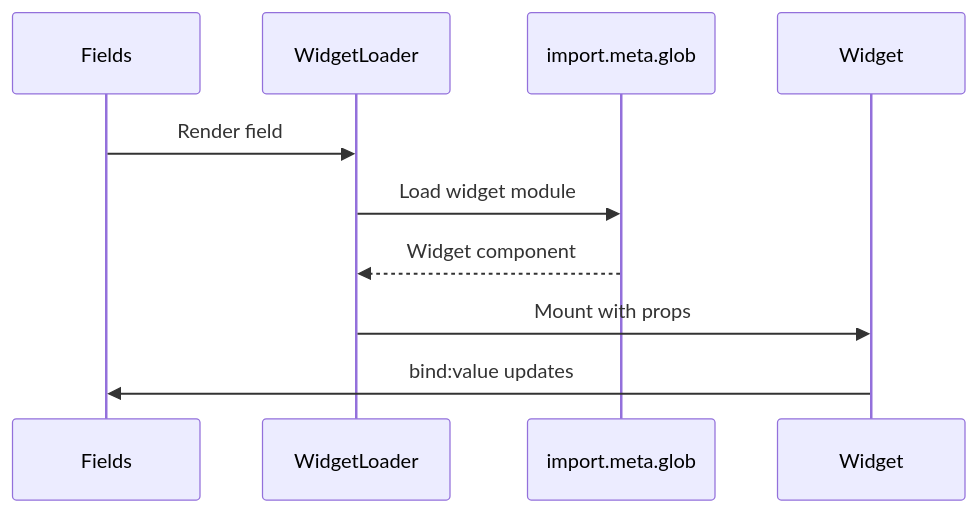
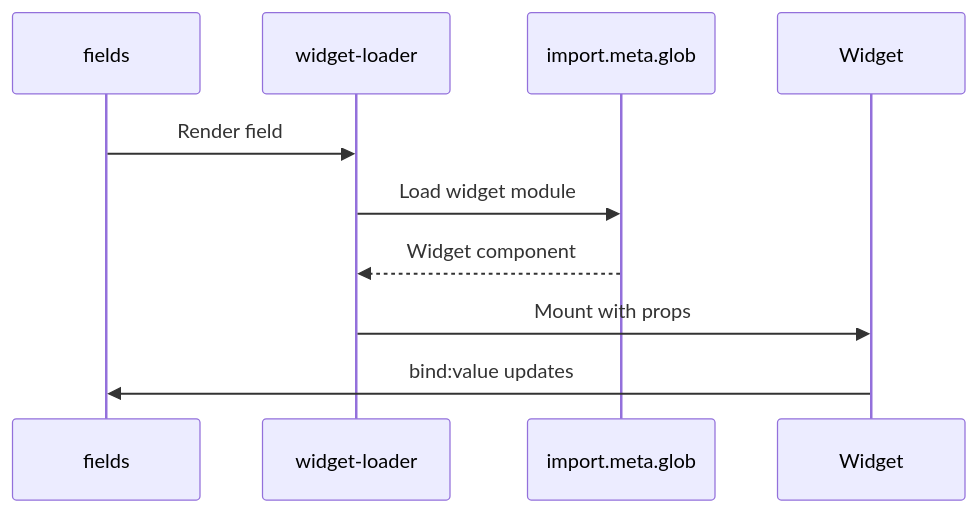
Before and after one commit to SveltyCMS/SveltyCMS: the fifth of 6 diagrams in docs/architecture/components/Fields.mdx, drawn with Mermaid. The commit also changed other lines of this file and 353 other files, not shown here.

````diff
--- a/docs/architecture/components/Fields.mdx
+++ b/docs/architecture/components/Fields.mdx
@@ -306,13 +306,13 @@
 ```mermaid
 sequenceDiagram
-    participant F as Fields
-    participant WL as WidgetLoader
+    participant F as fields
+    participant WL as widget-loader
     participant I as import.meta.glob
     participant W as Widget
 
     F->>WL: Render field
     WL->>I: Load widget module
     I-->>WL: Widget component
     WL->>W: Mount with props
     W->>F: bind:value updates
 ```
````
